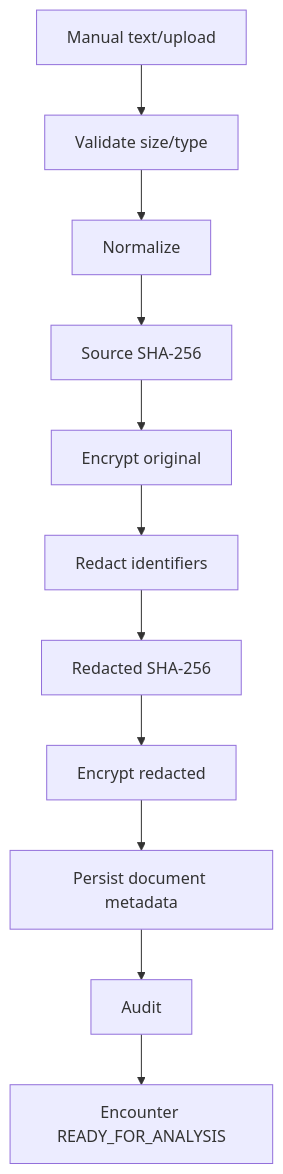
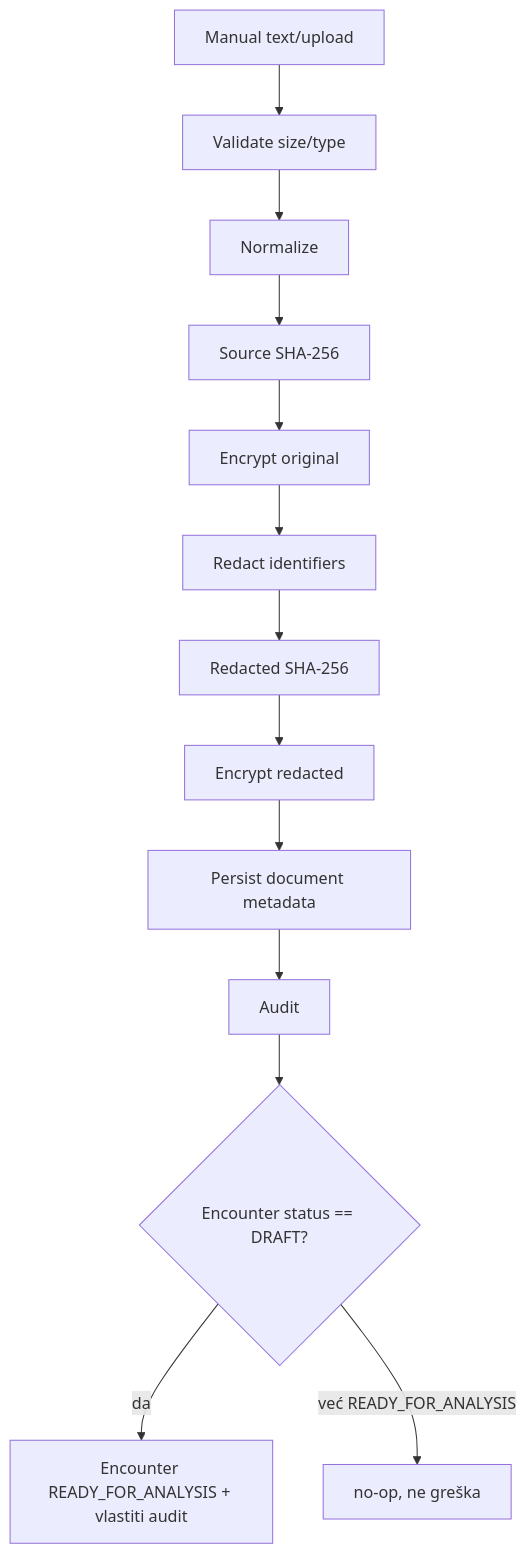
The fourth of 16 diagrams in docs/14_DATA_FLOW_AND_SEQUENCE_DIAGRAMS.md (NerminFejzicAi/axenita-billing-copilot), drawn with Mermaid before and after one commit. The commit also changed other lines of this file and 10 other files, not shown here.

First line of the commit message:
docs: publish Phase 5 schema and state decisions

````diff
--- a/docs/14_DATA_FLOW_AND_SEQUENCE_DIAGRAMS.md
+++ b/docs/14_DATA_FLOW_AND_SEQUENCE_DIAGRAMS.md
@@ -242,13 +258,15 @@
 ```mermaid
 flowchart TD
     A[Manual text/upload] --> B[Validate size/type]
     B --> C[Normalize]
     C --> D[Source SHA-256]
     D --> E[Encrypt original]
     E --> F[Redact identifiers]
     F --> G[Redacted SHA-256]
     G --> H[Encrypt redacted]
     H --> I[Persist document metadata]
     I --> J[Audit]
-    J --> K[Encounter READY_FOR_ANALYSIS]
+    J --> K{Encounter status == DRAFT?}
+    K -->|da| L[Encounter READY_FOR_ANALYSIS + vlastiti audit]
+    K -->|već READY_FOR_ANALYSIS| M[no-op, ne greška]
 ```
````
